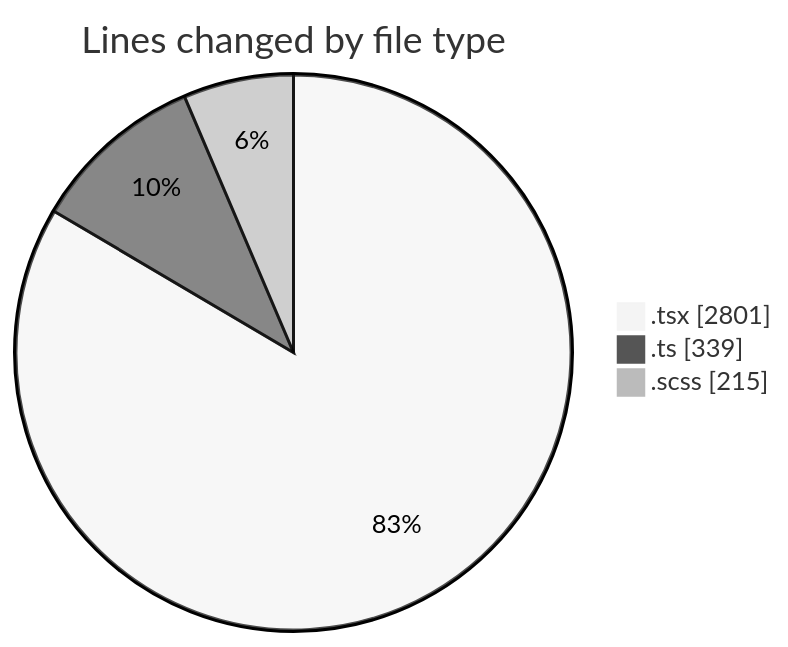
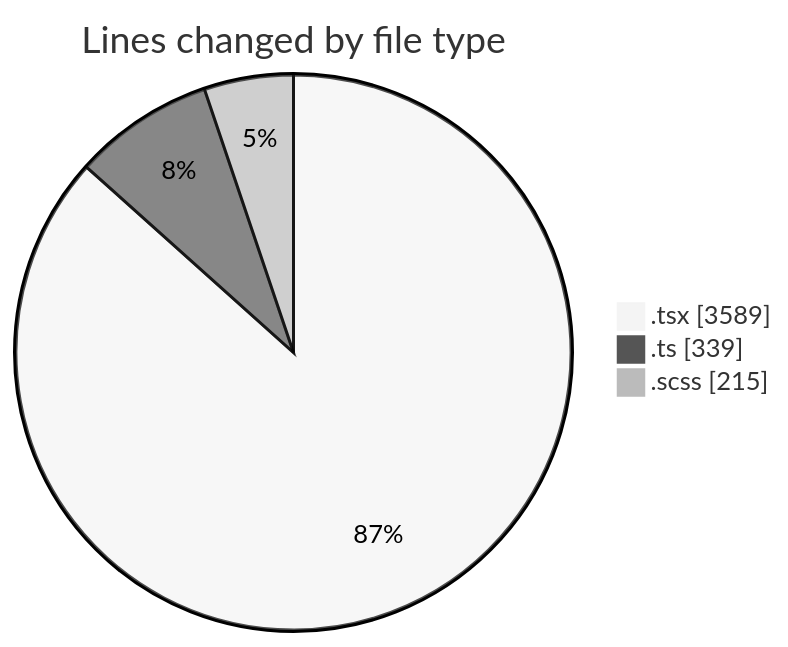
One commit to momahboobian/code-tracking changed the first of 2 diagrams in 2025-07-08/cda/README.md. Above: the diagram before and after it, drawn with Mermaid (neutral theme). The commit also changed other lines of this file and 1 other file, not shown here.

````diff
--- a/2025-07-08/cda/README.md
+++ b/2025-07-08/cda/README.md
@@ -33,7 +37,7 @@
 ```mermaid
 pie showData
 title Lines changed by file type
-".tsx" : 2801
+".tsx" : 3589
 ".ts" : 339
 ".scss" : 215
 ```
````
